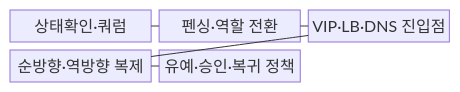
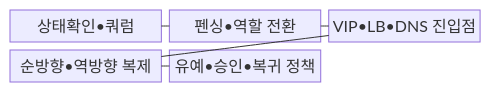
The first of 2 diagrams in src/content/docs/notes/06-evaluation/022_auto_failover_failback.md (agnusdei1207/knowledge-base), drawn with Mermaid before and after one commit. The commit also changed other lines of this file and 953 other files, not shown here.

````diff
--- a/src/content/docs/notes/06-evaluation/022_auto_failover_failback.md
+++ b/src/content/docs/notes/06-evaluation/022_auto_failover_failback.md
@@ -68,13 +68,13 @@
 ```mermaid
 block-beta
   columns 3
-  H["상태확인·쿼럼"]
-  F["펜싱·역할 전환"]
-  E["VIP·LB·DNS 진입점"]
-  D["순방향·역방향 복제"]
-  P["유예·승인·복귀 정책"]
+  H["상태확인•쿼럼"]
+  F["펜싱•역할 전환"]
+  E["VIP•LB•DNS 진입점"]
+  D["순방향•역방향 복제"]
+  P["유예•승인•복귀 정책"]
   H --- F
   F --- E
   E --- D
   D --- P
 ```
````
